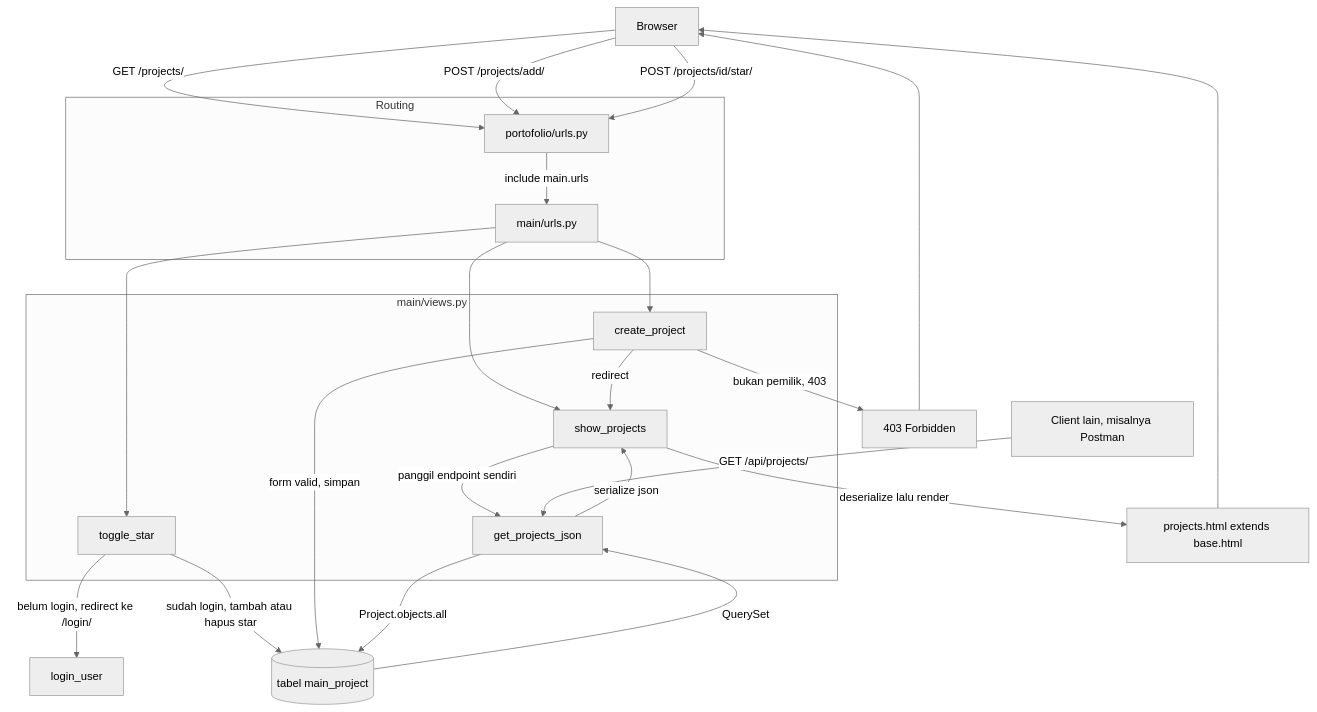
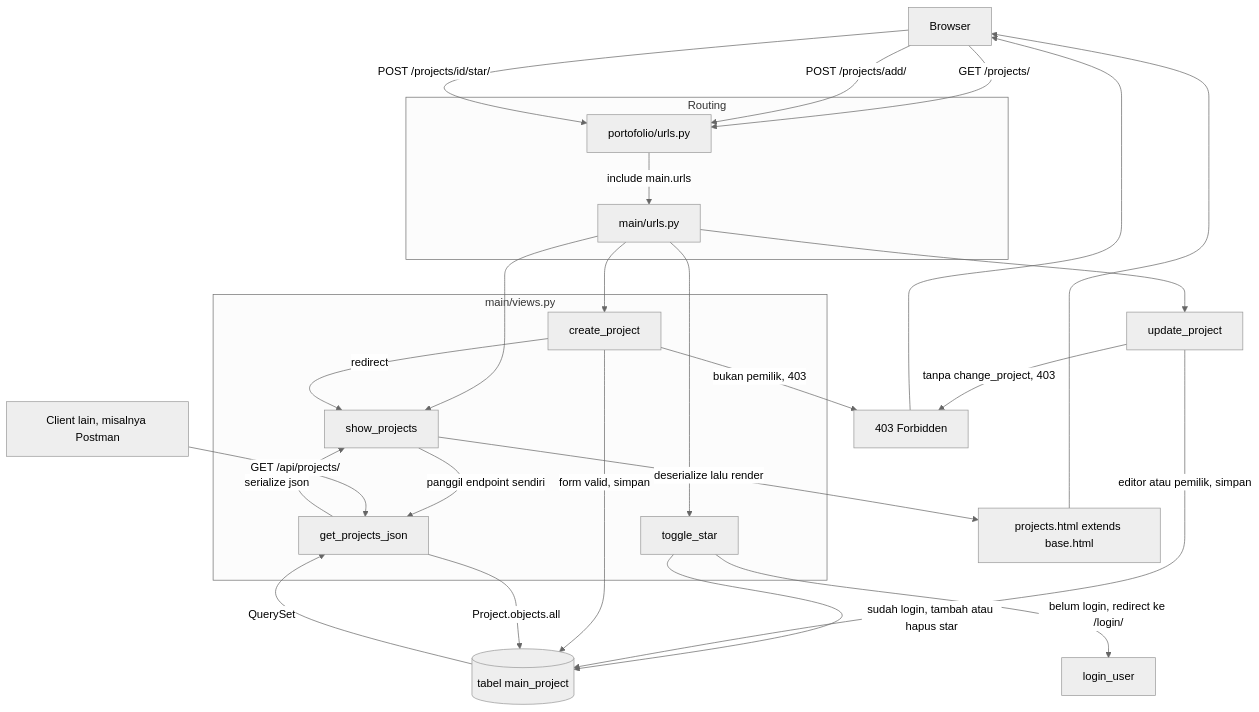
One commit to zidanristek/myportofolio changed the first of 2 diagrams in README.md. Above: the diagram before and after it, drawn with Mermaid (neutral theme). The commit also changed other lines of this file, not shown here.

````diff
--- a/README.md
+++ b/README.md
@@ -106,46 +107,49 @@
 ```mermaid
 flowchart TD
     browser["Browser"]
     client["Client lain, misalnya Postman"]
 
     subgraph routing["Routing"]
         proj["portofolio/urls.py"]
         app["main/urls.py"]
     end
 
     subgraph views["main/views.py"]
         show["show_projects"]
         create["create_project"]
         api["get_projects_json"]
         star["toggle_star"]
     end
 
     db[("tabel main_project")]
     page["projects.html extends base.html"]
     invalid["403 Forbidden"]
 
     browser -->|"GET /projects/"| proj
     browser -->|"POST /projects/add/"| proj
     browser -->|"POST /projects/id/star/"| proj
     proj -->|"include main.urls"| app
     app --> show
     app --> create
     app --> star
 
     star -->|"belum login, redirect ke /login/"| login["login_user"]
     star -->|"sudah login, tambah atau hapus star"| db
 
     create -->|"bukan pemilik, 403"| invalid
+    app --> edit["update_project"]
+    edit -->|"tanpa change_project, 403"| invalid
+    edit -->|"editor atau pemilik, simpan"| db
     create -->|"form valid, simpan"| db
     create -->|"redirect"| show
 
     show -->|"panggil endpoint sendiri"| api
     api -->|"Project.objects.all"| db
     db -->|"QuerySet"| api
     api -->|"serialize json"| show
     show -->|"deserialize lalu render"| page
 
     client -->|"GET /api/projects/"| api
     page --> browser
     invalid --> browser
 ```
````
